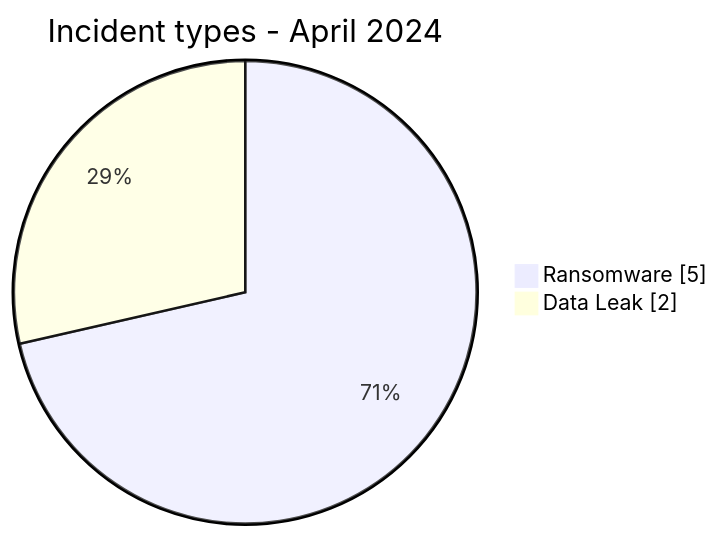
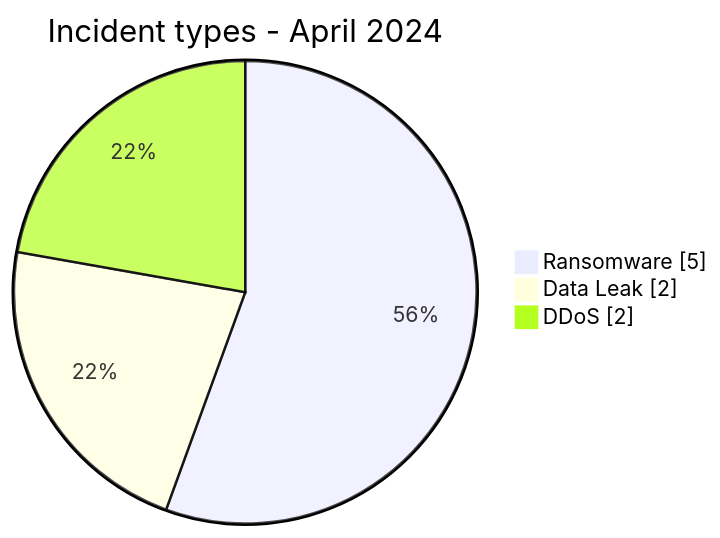
One commit to Hatchepsoute/AFRINTEL changed the first of 2 diagrams in CyberAttackAfrica/2024/04-april/README.md. Above: the diagram before and after it, drawn with Mermaid. The commit also changed other lines of this file and 66 other files, not shown here.

````diff
--- a/CyberAttackAfrica/2024/04-april/README.md
+++ b/CyberAttackAfrica/2024/04-april/README.md
@@ -53,6 +51,7 @@
 ```mermaid
 pie showData
     title Incident types - April 2024
     "Ransomware" : 5
     "Data Leak" : 2
+    "DDoS" : 2
 ```
````
